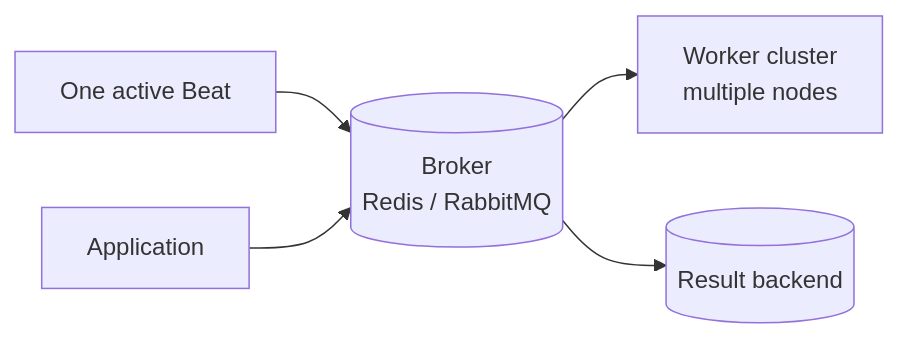
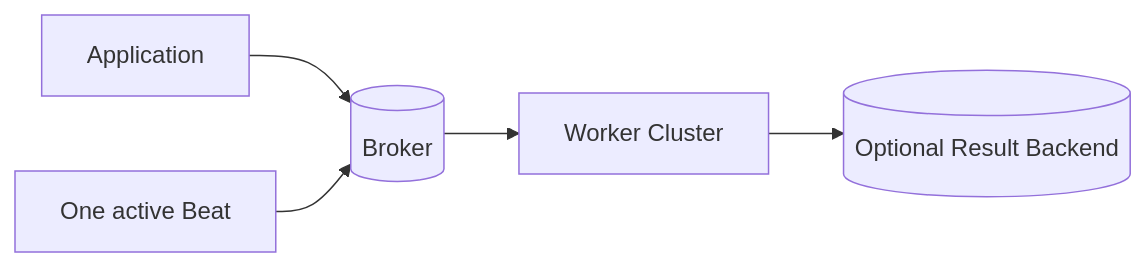
The fourth of 4 diagrams in src/content/task-processing/celery-beat-periodic-tasks.md (AvadhBhalodiya/Interview-Preparation), drawn with Mermaid before and after one commit. The commit also changed other lines of this file and 80 other files, not shown here.

````diff
--- a/src/content/task-processing/celery-beat-periodic-tasks.md
+++ b/src/content/task-processing/celery-beat-periodic-tasks.md
@@ -1271,7 +424,7 @@
 ```mermaid
 flowchart LR
-    BEAT[One active Beat] --> BR[("Broker<br/>Redis / RabbitMQ")]
-    APP[Application] --> BR
-    BR --> WC["Worker cluster<br/>multiple nodes"]
-    BR --> RES[(Result backend)]
+    A[Application] --> Q[(Broker)]
+    B[One active Beat] --> Q
+    Q --> W[Worker Cluster]
+    W --> R[(Optional Result Backend)]
 ```
````
